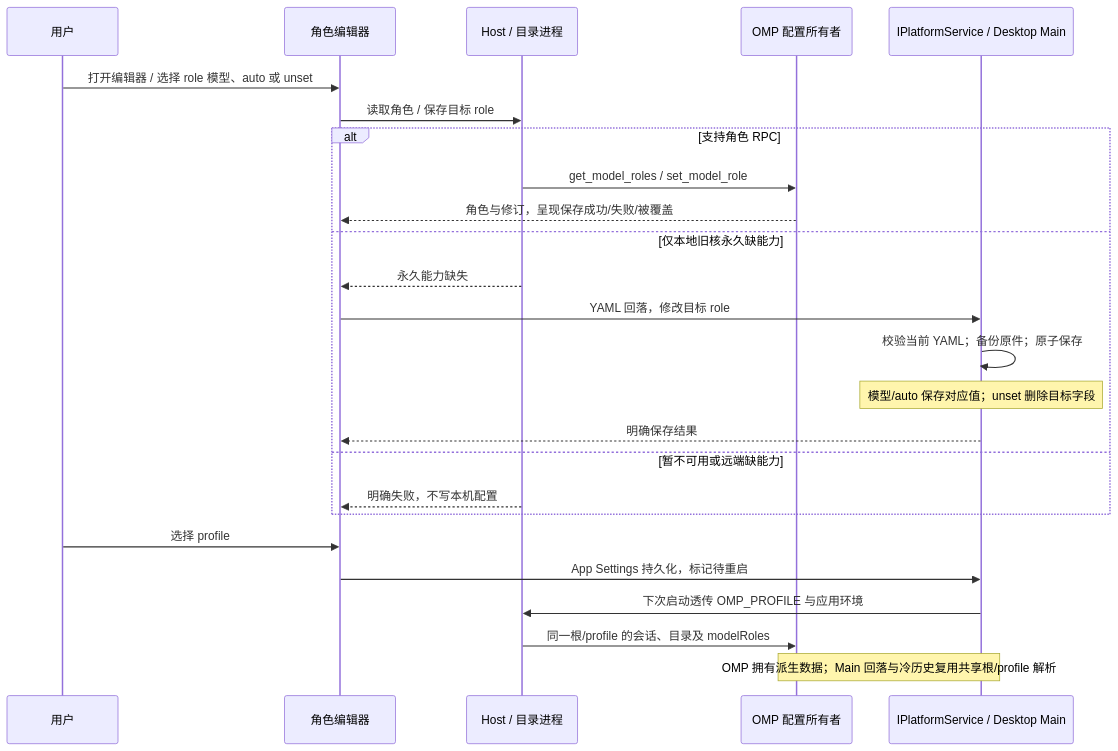
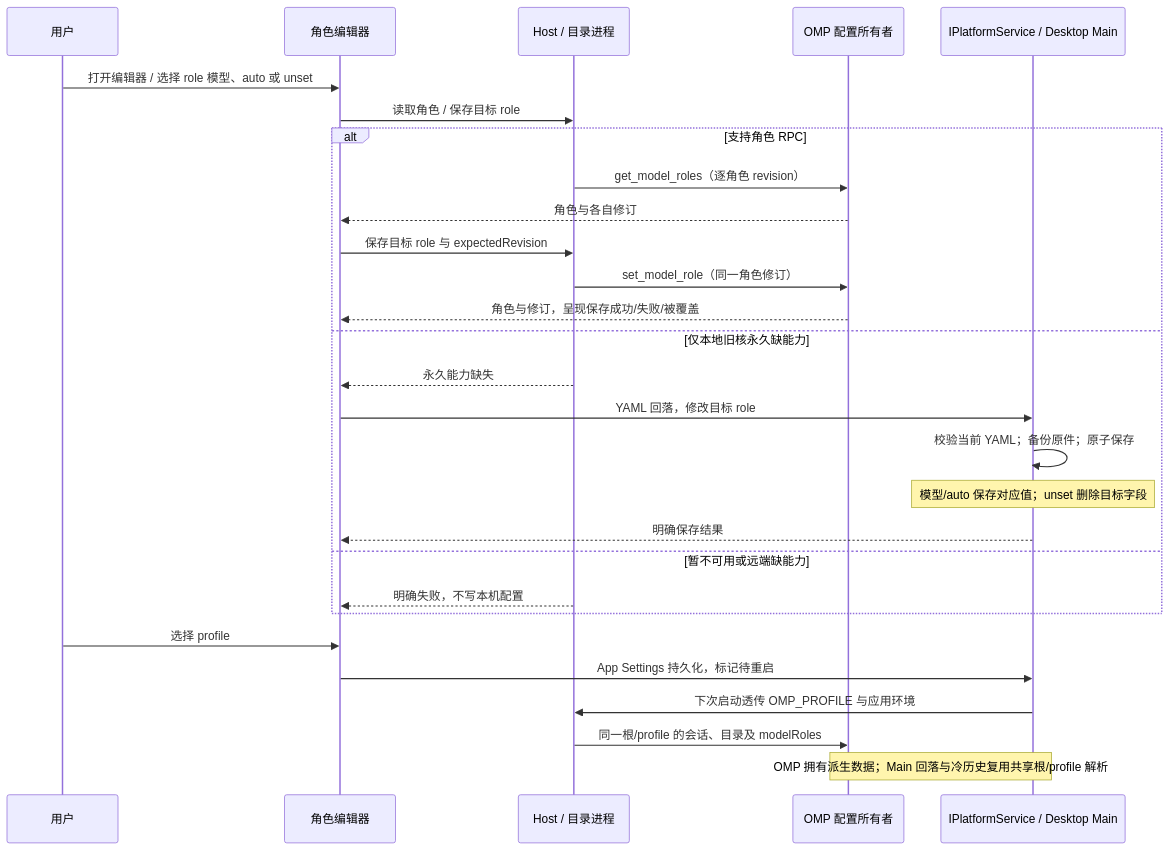
Before and after one commit to jchanghong023/OmpCode: the first of 2 diagrams in docs/requirements/models-and-commands.md, drawn with Mermaid. The commit also changed other lines of this file and 9 other files, not shown here.

Commit message:
fix: preserve OMP subagent records and model role revisions

````diff
--- a/docs/requirements/models-and-commands.md
+++ b/docs/requirements/models-and-commands.md
@@ -28,27 +29,30 @@
 ```mermaid
 sequenceDiagram
   participant User as 用户
   participant UI as 角色编辑器
   participant Host as Host / 目录进程
   participant OMP as OMP 配置所有者
   participant Main as IPlatformService / Desktop Main
   User->>UI: 打开编辑器 / 选择 role 模型、auto 或 unset
   UI->>Host: 读取角色 / 保存目标 role
   alt 支持角色 RPC
-    Host->>OMP: get_model_roles / set_model_role
+    Host->>OMP: get_model_roles（逐角色 revision）
+    OMP-->>UI: 角色与各自修订
+    UI->>Host: 保存目标 role 与 expectedRevision
+    Host->>OMP: set_model_role（同一角色修订）
     OMP-->>UI: 角色与修订，呈现保存成功/失败/被覆盖
   else 仅本地旧核永久缺能力
     Host-->>UI: 永久能力缺失
     UI->>Main: YAML 回落，修改目标 role
     Main->>Main: 校验当前 YAML；备份原件；原子保存
     Note over Main: 模型/auto 保存对应值；unset 删除目标字段
     Main-->>UI: 明确保存结果
   else 暂不可用或远端缺能力
     Host-->>UI: 明确失败，不写本机配置
   end
   User->>UI: 选择 profile
   UI->>Main: App Settings 持久化，标记待重启
   Main->>Host: 下次启动透传 OMP_PROFILE 与应用环境
   Host->>OMP: 同一根/profile 的会话、目录及 modelRoles
   Note over Main,OMP: OMP 拥有派生数据；Main 回落与冷历史复用共享根/profile 解析
 ```
````
